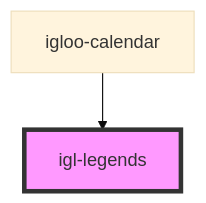
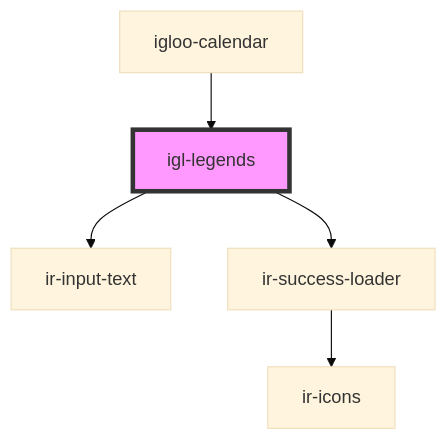
One commit to David1Chowaifaty/modified-ir-webcmp changed the diagram in src/components/igloo-calendar/igl-legends/readme.md. Above: the diagram before and after it, drawn with Mermaid (base theme). The commit also changed other lines of this file and 50 other files, not shown here.

````diff
--- a/src/components/igloo-calendar/igl-legends/readme.md
+++ b/src/components/igloo-calendar/igl-legends/readme.md
@@ -29,5 +34,8 @@
 ```mermaid
 graph TD;
+  igl-legends --> ir-input-text
+  igl-legends --> ir-success-loader
+  ir-success-loader --> ir-icons
   igloo-calendar --> igl-legends
   style igl-legends fill:#f9f,stroke:#333,stroke-width:4px
 ```
````
